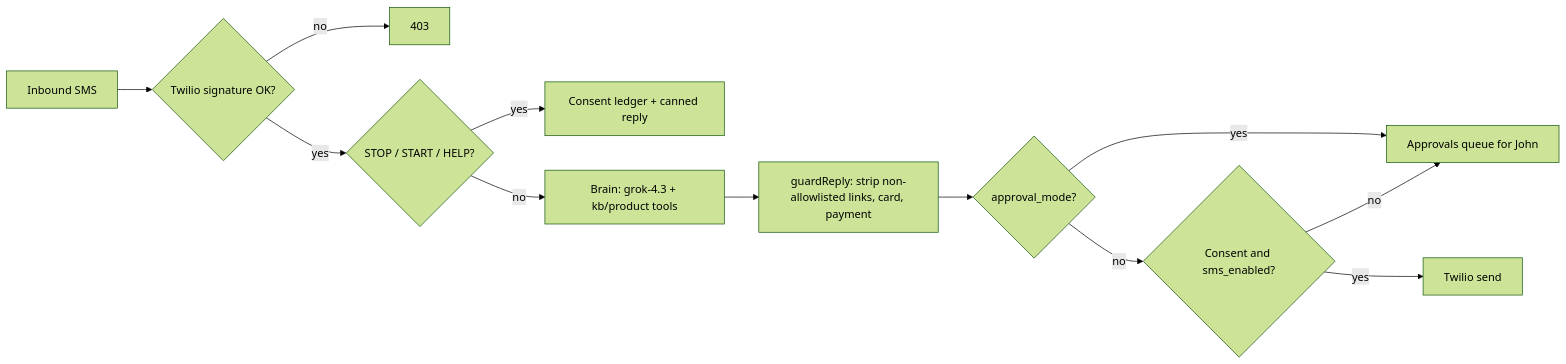
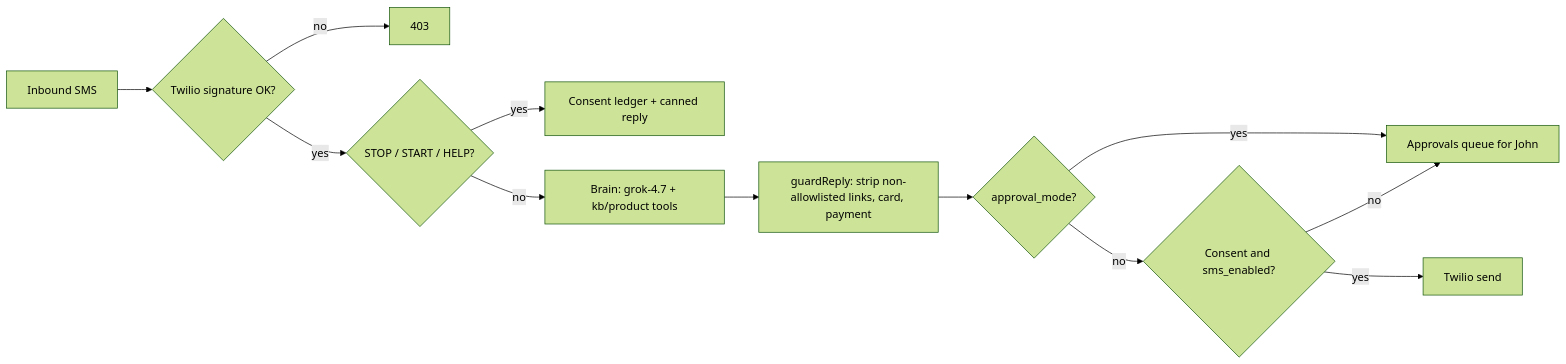
Before and after one commit to WPAGI/rfsafe-phone-agent: the second of 3 diagrams in DESIGN.md, drawn with Mermaid (forest theme). The commit also changed 11 other files, not shown here.

````diff
--- a/DESIGN.md
+++ b/DESIGN.md
@@ -32,14 +32,14 @@
 ```mermaid
 flowchart LR
   A[Inbound SMS] --> B{Twilio signature OK?}
   B -- no --> X1[403]
   B -- yes --> C{STOP / START / HELP?}
   C -- yes --> L[Consent ledger + canned reply]
-  C -- no --> D[Brain: grok-4.3 + kb/product tools]
+  C -- no --> D[Brain: grok-4.7 + kb/product tools]
   D --> G[guardReply: strip non-allowlisted links, card, payment]
   G --> E{approval_mode?}
   E -- yes --> Q[Approvals queue for John]
   E -- no --> F{Consent and sms_enabled?}
   F -- yes --> S[Twilio send]
   F -- no --> Q
 ```
````
